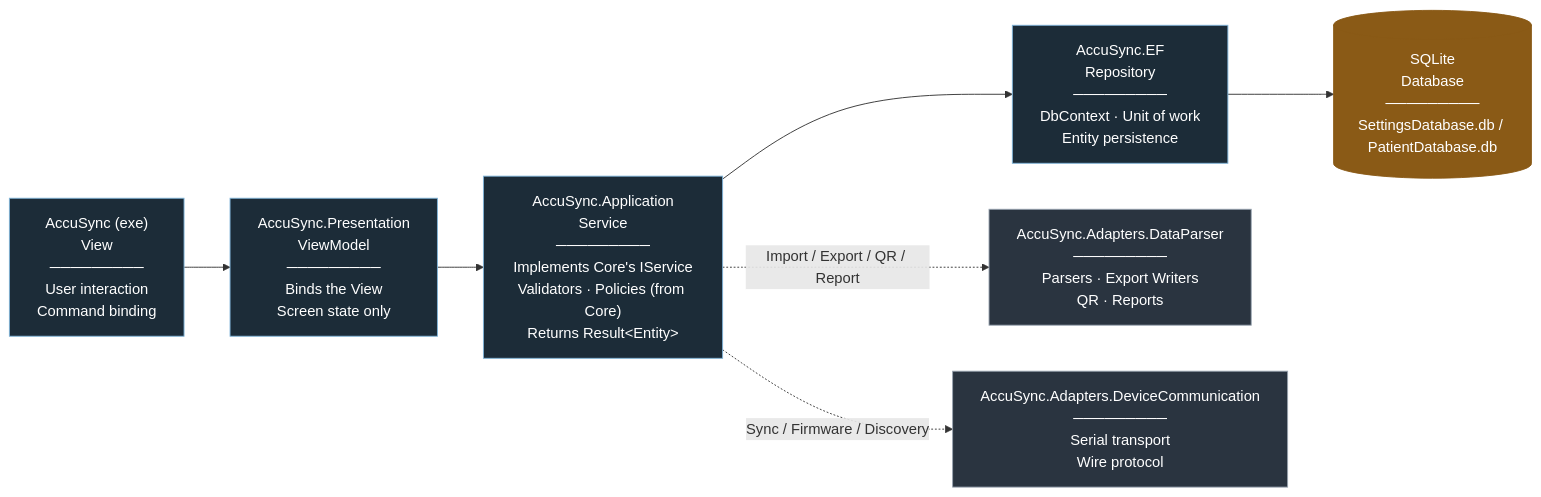
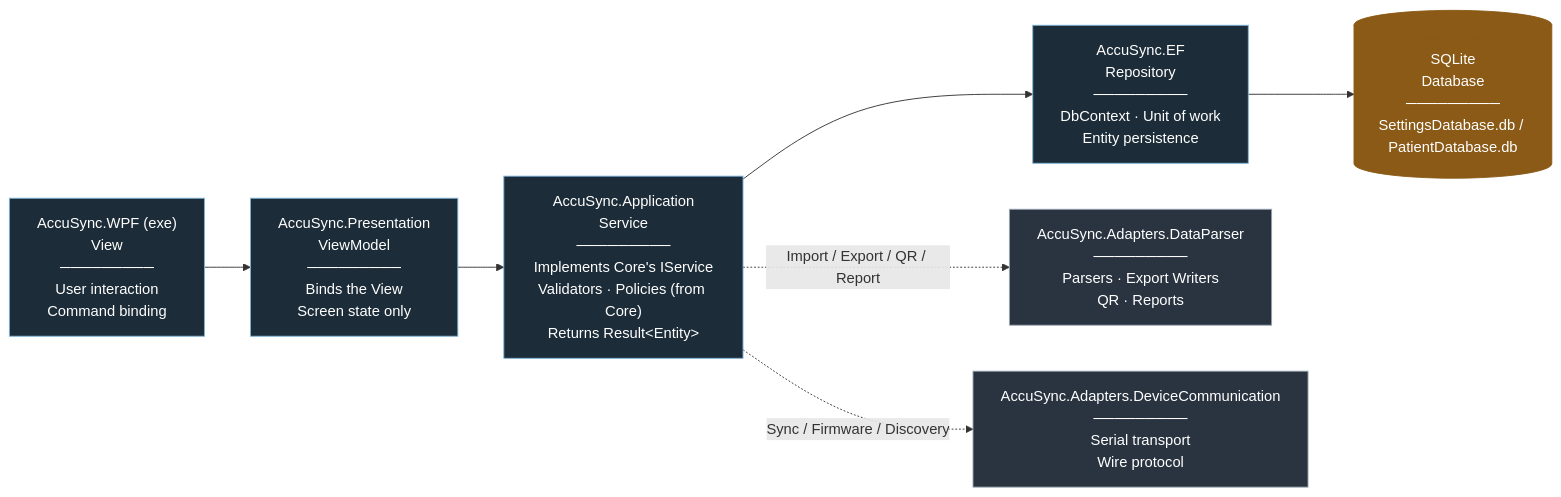
One commit to paramasivam-soliton/Accusync-Software-Soliton changed the second of 2 diagrams in AccuSync Architecture.md. Above: the diagram before and after it, drawn with Mermaid. The commit also changed other lines of this file and 200 other files, not shown here.

````diff
--- a/AccuSync Architecture.md
+++ b/AccuSync Architecture.md
@@ -97,24 +99,24 @@
 ```mermaid
 flowchart LR
-    View["AccuSync (exe)<br/>View<br/>─────────<br/>User interaction<br/>Command binding"] --> VM
+    View["AccuSync.WPF (exe)<br/>View<br/>─────────<br/>User interaction<br/>Command binding"] --> VM
 
     VM["AccuSync.Presentation<br/>ViewModel<br/>─────────<br/>Binds the View<br/>Screen state only"] --> Svc
 
     Svc["AccuSync.Application<br/>Service<br/>─────────<br/>Implements Core's IService<br/>Validators · Policies (from Core)<br/>Returns Result&lt;Entity&gt;"] --> Repo
 
     Repo["AccuSync.EF<br/>Repository<br/>─────────<br/>DbContext · Unit of work<br/>Entity persistence"] --> DB
 
     DB[("SQLite<br/>Database<br/>─────────<br/>SettingsDatabase.db / PatientDatabase.db")]
 
     Svc -. Import / Export / QR / Report .-> Parser["AccuSync.Adapters.DataParser<br/>─────────<br/>Parsers · Export Writers<br/>QR · Reports"]
 
     Svc -. Sync / Firmware / Discovery .-> DevComm["AccuSync.Adapters.DeviceCommunication<br/>─────────<br/>Serial transport<br/>Wire protocol"]
 
     classDef step fill:#1C2C38,color:#fff,stroke:#7FB4D9;
     classDef db fill:#8A5A16,color:#fff,stroke:#8A5A16;
     classDef infra fill:#2A3440,color:#fff,stroke:#98A3AF;
 
     class View,VM,Svc,Repo step;
     class DB db;
     class Parser,DevComm infra;
 ```
````
